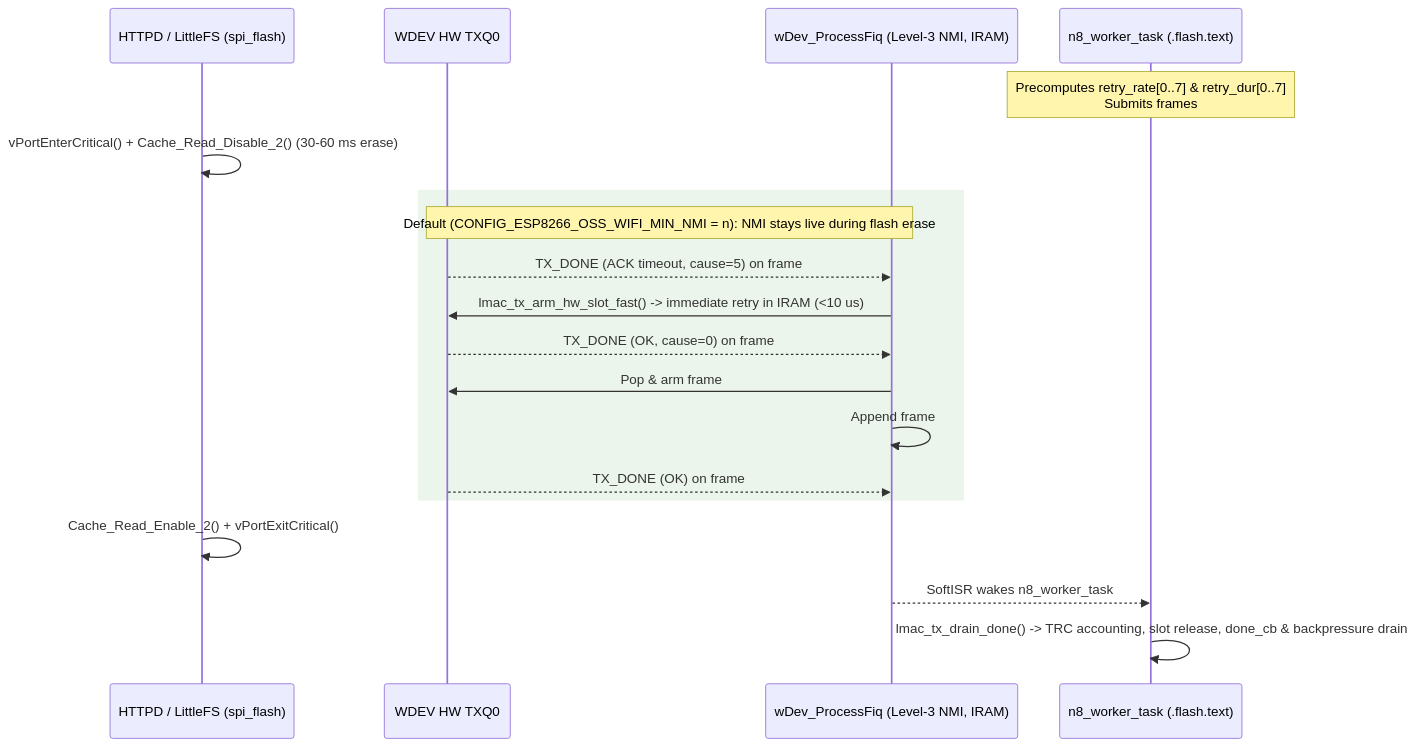
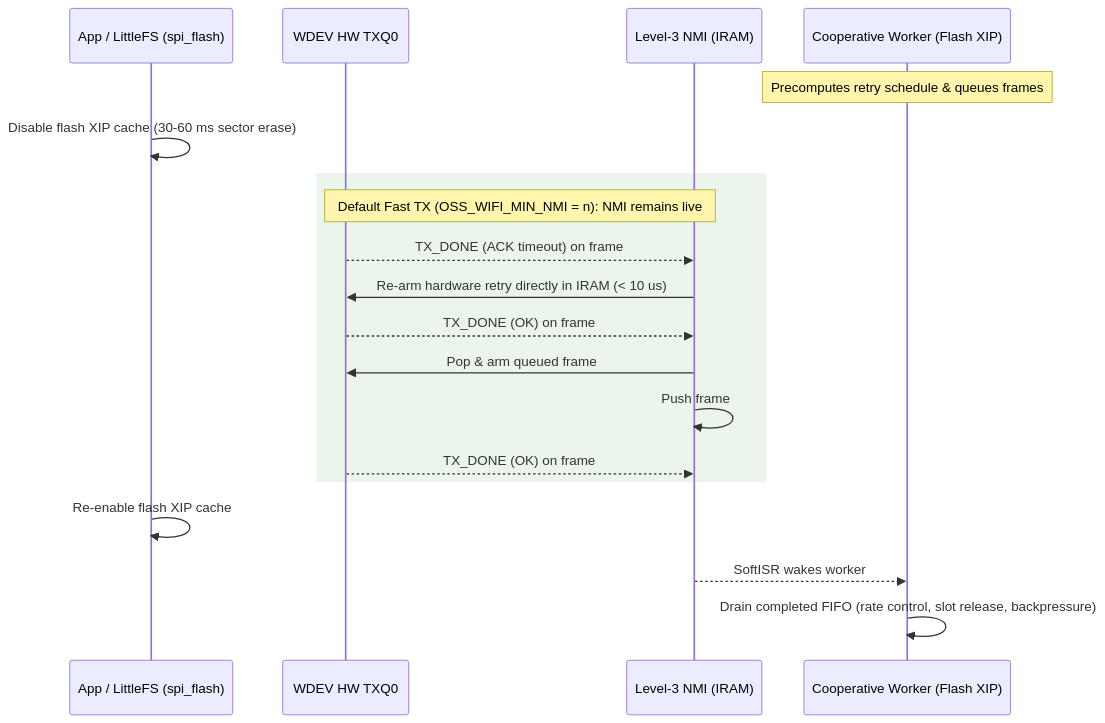
One commit to Adam5Wu/ESP8266_RTOS_SDK changed the second of 4 diagrams in components/esp8266/WIFI_DESIGN.md. Above: the diagram before and after it, drawn with Mermaid. The commit also changed other lines of this file, not shown here.

Commit message:
docs(esp8266): rewrite WIFI_DESIGN.md as concise architect's notes

````diff
--- a/components/esp8266/WIFI_DESIGN.md
+++ b/components/esp8266/WIFI_DESIGN.md
@@ -120,24 +110,24 @@
 ```mermaid
 sequenceDiagram
-    participant Flash as HTTPD / LittleFS (spi_flash)
+    participant Flash as App / LittleFS (spi_flash)
     participant WDEV as WDEV HW TXQ0
-    participant NMI as wDev_ProcessFiq (Level-3 NMI, IRAM)
-    participant Worker as n8_worker_task (.flash.text)
+    participant NMI as Level-3 NMI (IRAM)
+    participant Worker as Cooperative Worker (Flash XIP)
 
-    Note over Worker: Precomputes retry_rate[0..7] & retry_dur[0..7]<br/>Submits frames #1..#N into hw_txq[0] (10-slot DRAM pool)
-    Flash->>Flash: vPortEnterCritical() + Cache_Read_Disable_2() (30-60 ms erase)
+    Note over Worker: Precomputes retry schedule & queues frames #1..#N on TXQ0
+    Flash->>Flash: Disable flash XIP cache (30-60 ms sector erase)
 
     rect rgb(235, 245, 235)
-        Note over WDEV,NMI: Default (CONFIG_ESP8266_OSS_WIFI_MIN_NMI = n): NMI stays live during flash erase
-        WDEV-->>NMI: TX_DONE (ACK timeout, cause=5) on frame #1
-        NMI->>WDEV: lmac_tx_arm_hw_slot_fast() -> immediate retry in IRAM (<10 us)
-        WDEV-->>NMI: TX_DONE (OK, cause=0) on frame #1
-        NMI->>WDEV: Pop & arm frame #2 from hw_txq[0].q_head immediately in IRAM
-        NMI->>NMI: Append frame #1 to tx_done_head FIFO + PendSV(2)
-        WDEV-->>NMI: TX_DONE (OK) on frame #2 -> arm frame #3 in IRAM
+        Note over WDEV,NMI: Default Fast TX (OSS_WIFI_MIN_NMI = n): NMI remains live
+        WDEV-->>NMI: TX_DONE (ACK timeout) on frame #1
+        NMI->>WDEV: Re-arm hardware retry directly in IRAM (< 10 us)
+        WDEV-->>NMI: TX_DONE (OK) on frame #1
+        NMI->>WDEV: Pop & arm queued frame #2 directly in IRAM
+        NMI->>NMI: Push frame #1 onto coalesced TX-done FIFO + PendSV
+        WDEV-->>NMI: TX_DONE (OK) on frame #2 -> arm frame #3
     end
 
-    Flash->>Flash: Cache_Read_Enable_2() + vPortExitCritical()
-    NMI-->>Worker: SoftISR wakes n8_worker_task
-    Worker->>Worker: lmac_tx_drain_done() -> TRC accounting, slot release, done_cb & backpressure drain
+    Flash->>Flash: Re-enable flash XIP cache
+    NMI-->>Worker: SoftISR wakes worker
+    Worker->>Worker: Drain completed FIFO (rate control, slot release, backpressure)
 ```
````
